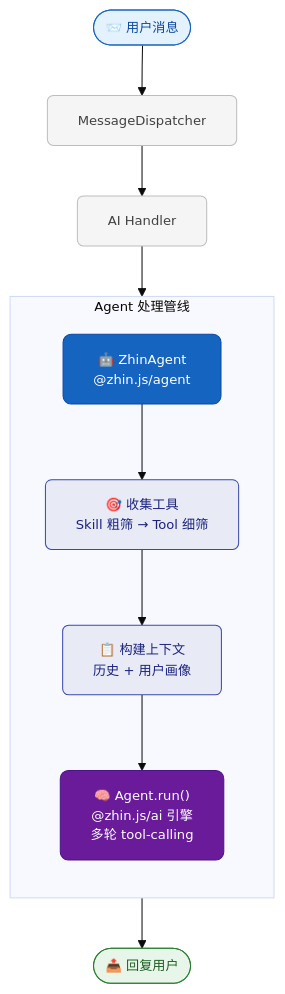
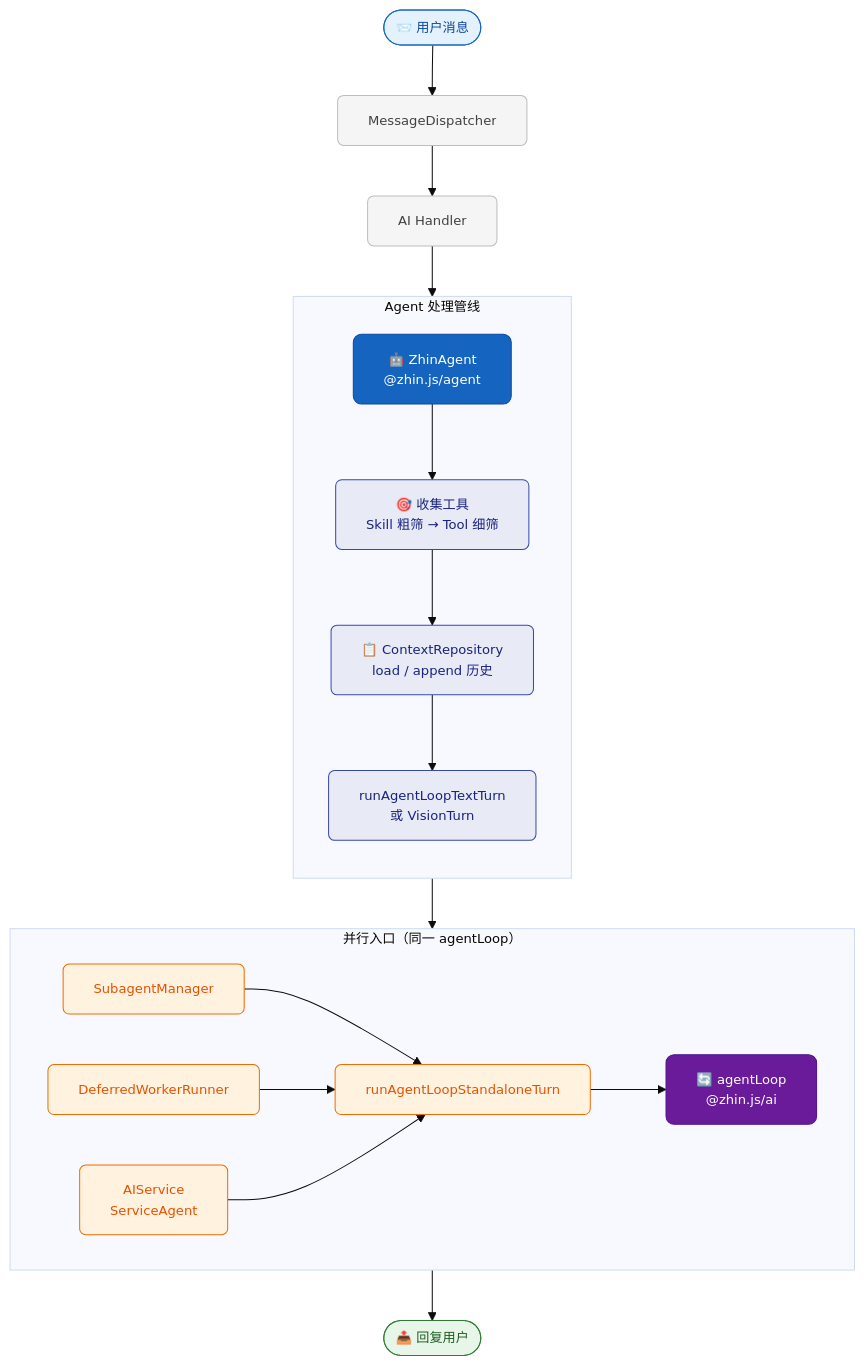
The diagram in docs/advanced/ai.md (zhinjs/zhin), drawn with Mermaid before and after one commit. The commit also changed other lines of this file and 115 other files, not shown here.

First line of the commit message:
docs: enhance AI module documentation and update architecture references

````diff
--- a/docs/advanced/ai.md
+++ b/docs/advanced/ai.md
@@ -47,30 +47,42 @@
 ```mermaid
 %%{init: {'theme': 'base', 'themeVariables': { 'fontSize': '13px' }}}%%
 flowchart TD
   A([" 📨 用户消息 "]) --> B["MessageDispatcher"]
   B --> C["AI Handler"]
   C --> D["🤖 ZhinAgent\n@zhin.js/agent"]
 
   subgraph pipeline [" Agent 处理管线 "]
     direction TB
     D --> E["🎯 收集工具\nSkill 粗筛 → Tool 细筛"]
-    E --> F["📋 构建上下文\n历史 + 用户画像"]
-    F --> G["🧠 Agent.run()\n@zhin.js/ai 引擎\n多轮 tool-calling"]
+    E --> F["📋 ContextRepository\nload / append 历史"]
+    F --> G["runAgentLoopTextTurn\n或 VisionTurn"]
   end
 
-  G --> H(["📤 回复用户"])
+  G --> AL["🔄 agentLoop\n@zhin.js/ai"]
+
+  subgraph parallel [" 并行入口（同一 agentLoop）"]
+    direction LR
+    SA["SubagentManager"] --> ST["runAgentLoopStandaloneTurn"]
+    DW["DeferredWorkerRunner"] --> ST
+    SV["AIService\nServiceAgent"] --> ST
+    ST --> AL
+  end
+
+  AL --> H(["📤 回复用户"])
 
   classDef input fill:#e3f2fd,stroke:#1565c0,color:#0d47a1,rx:20
   classDef output fill:#e8f5e9,stroke:#2e7d32,color:#1b5e20,rx:20
   classDef agent fill:#1565c0,stroke:#0d47a1,color:#fff,rx:8
   classDef engine fill:#6a1b9a,stroke:#4a148c,color:#fff,rx:8
   classDef step fill:#e8eaf6,stroke:#3949ab,color:#1a237e,rx:6
   classDef normal fill:#f5f5f5,stroke:#bdbdbd,color:#424242,rx:6
+  classDef side fill:#fff3e0,stroke:#ef6c00,color:#e65100,rx:6
 
   class A input
   class H output
   class D agent
-  class G engine
-  class E,F step
+  class AL engine
+  class E,F,G step
   class B,C normal
+  class SA,DW,SV,ST side
 ```
````
